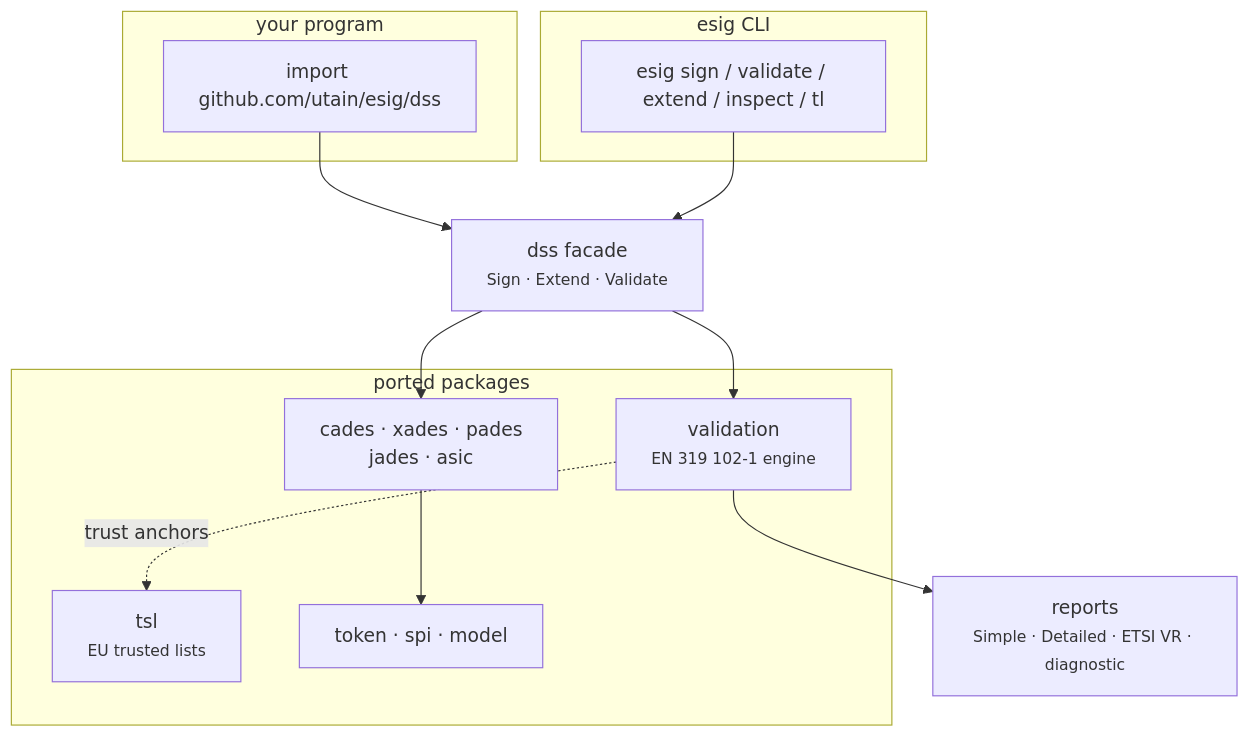
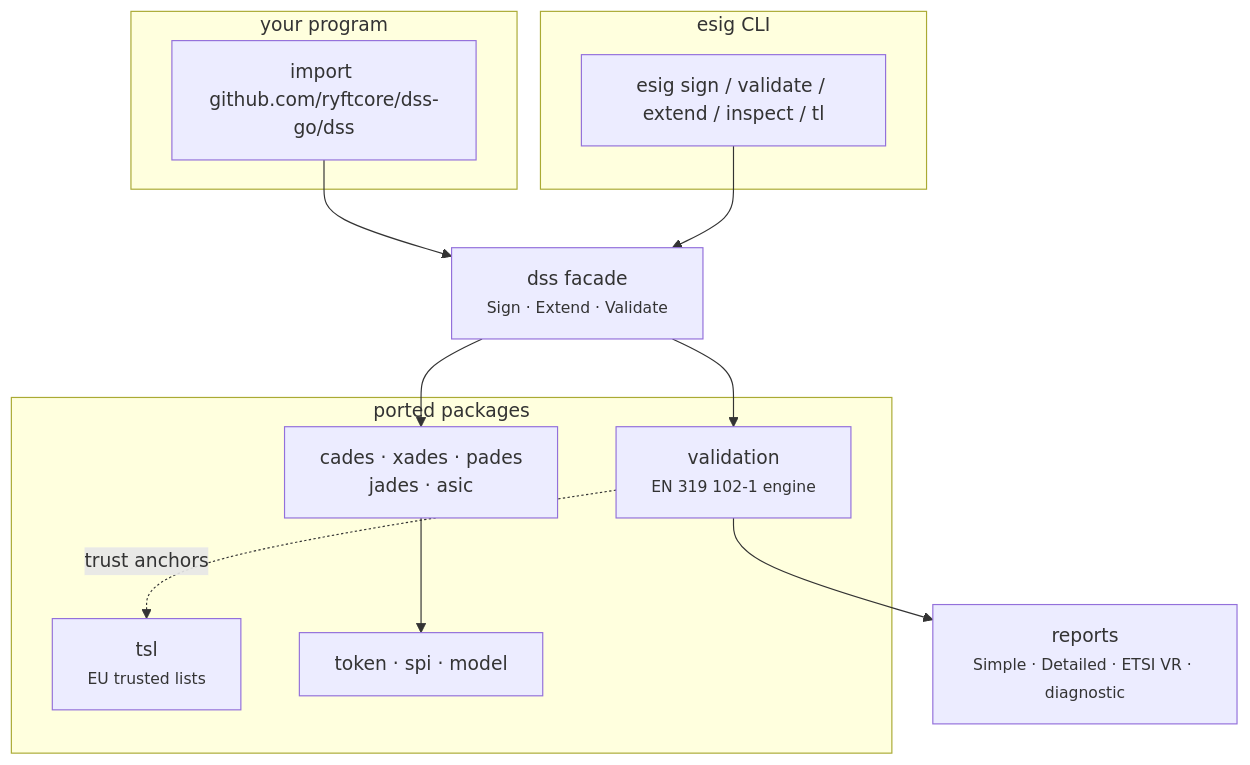
One commit to ryftcore/dss-go changed the diagram in docs/index.md. Above: the diagram before and after it, drawn with Mermaid. The commit also changed other lines of this file and 1964 other files, not shown here.

Commit message:
Rename module path to github.com/ryftcore/dss-go (#26)

````diff
--- a/docs/index.md
+++ b/docs/index.md
@@ -78,25 +78,25 @@
 ```mermaid
 flowchart TD
     subgraph app["your program"]
-        A["import github.com/utain/esig/dss"]
+        A["import github.com/ryftcore/dss-go/dss"]
     end
     subgraph cli["esig CLI"]
         C["esig sign / validate / extend / inspect / tl"]
     end
     F["dss facade<br/><small>Sign · Extend · Validate</small>"]
     subgraph lib["ported packages"]
         S["cades · xades · pades<br/>jades · asic"]
         V["validation<br/><small>EN 319 102-1 engine</small>"]
         T["tsl<br/><small>EU trusted lists</small>"]
         K["token · spi · model"]
     end
     R["reports<br/><small>Simple · Detailed · ETSI VR · diagnostic</small>"]
 
     A --> F
     C --> F
     F --> S
     F --> V
     S --> K
     V --> R
     V -.->|trust anchors| T
 ```
````
